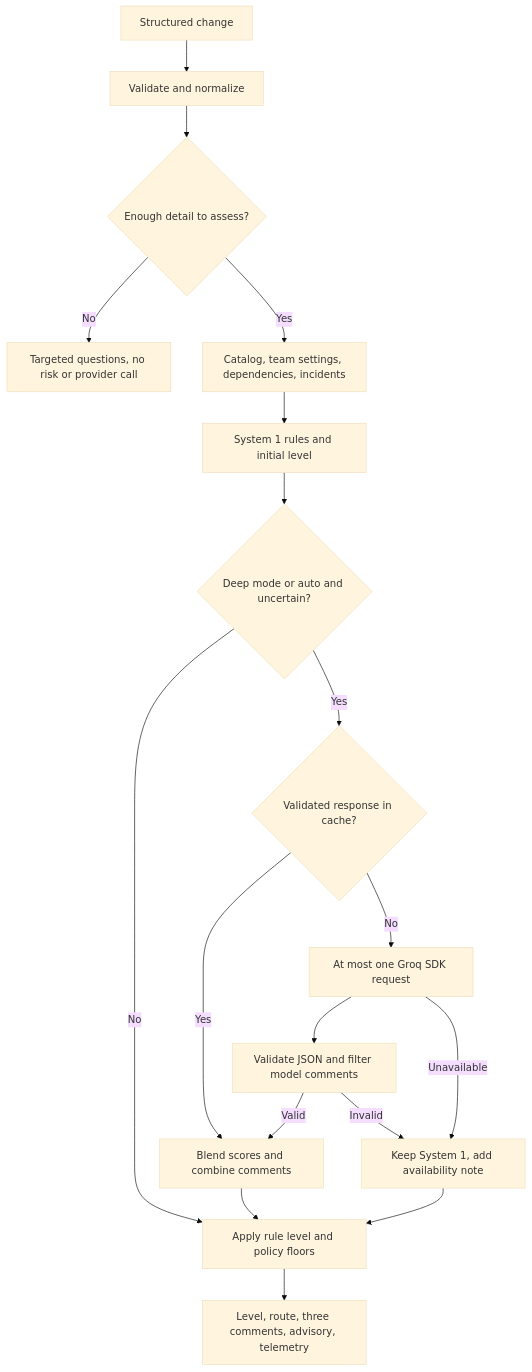
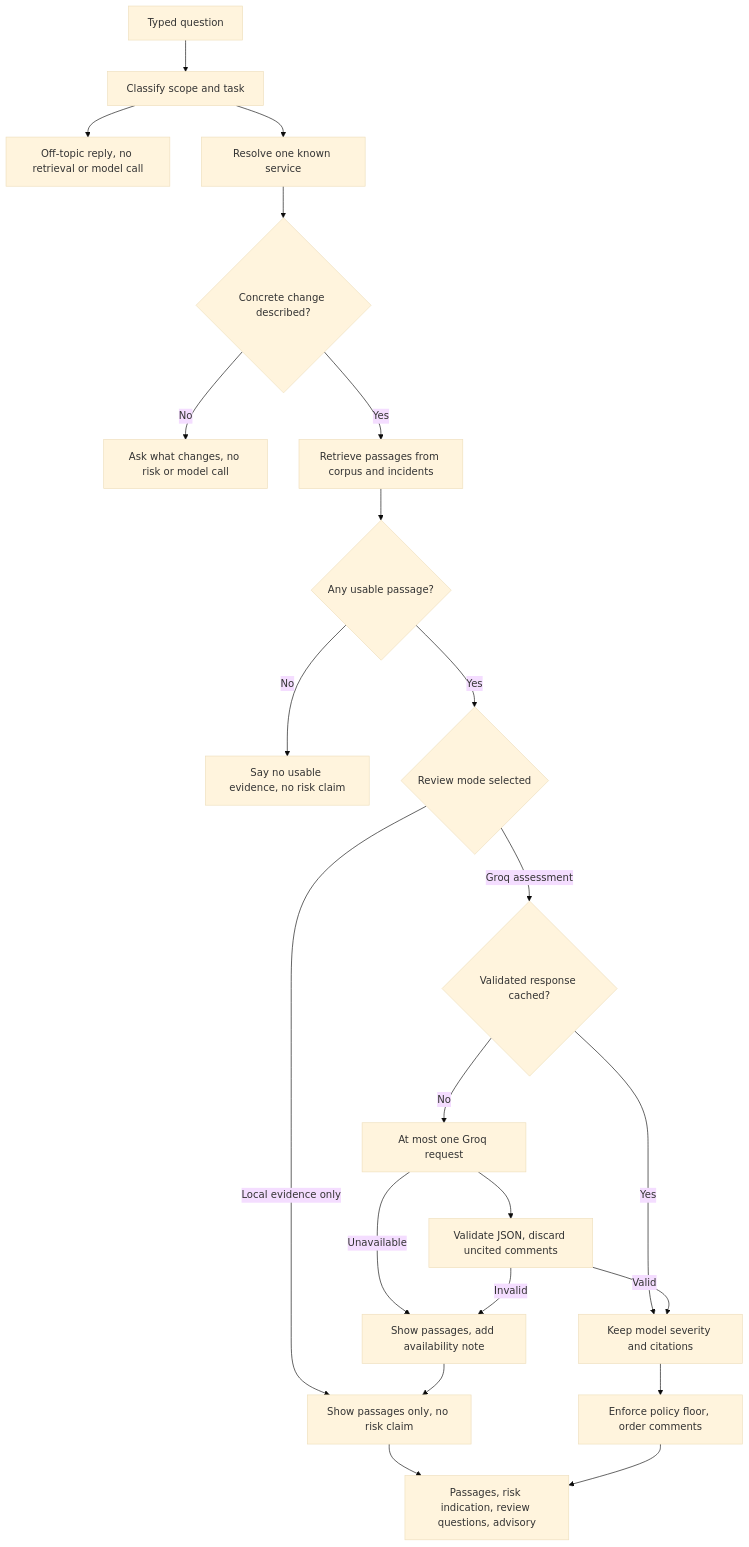
Before and after one commit to rajesamp/CRA2: the diagram in docs/architecture.md, drawn with Mermaid (base theme). The commit also changed other lines of this file and 6 other files, not shown here.

````diff
--- a/docs/architecture.md
+++ b/docs/architecture.md
@@ -24,20 +25,24 @@
 ```mermaid
 flowchart TD
-    Input[Structured change] --> Validate[Validate and normalize]
-    Validate --> Complete{Enough detail to assess?}
-    Complete -- No --> Clarify[Targeted questions, no risk or provider call]
-    Complete -- Yes --> Context[Catalog, team settings, dependencies, incidents]
-    Context --> Rules[System 1 rules and initial level]
-    Rules --> Select{Deep mode or auto and uncertain?}
-    Select -- No --> Floor[Apply rule level and policy floors]
-    Select -- Yes --> Cache{Validated response in cache?}
-    Cache -- Yes --> Blend[Blend scores and combine comments]
-    Cache -- No --> Groq[At most one Groq SDK request]
-    Groq --> ValidateResponse[Validate JSON and filter model comments]
+    Input[Typed question] --> Scope[Classify scope and task]
+    Scope --> OffTopic[Off-topic reply, no retrieval or model call]
+    Scope --> Identify[Resolve one known service]
+    Identify --> Detail{Concrete change described?}
+    Detail -- No --> Clarify[Ask what changes, no risk or model call]
+    Detail -- Yes --> Retrieve[Retrieve passages from corpus and incidents]
+    Retrieve --> Hits{Any usable passage?}
+    Hits -- No --> NoEvidence[Say no usable evidence, no risk claim]
+    Hits -- Yes --> Mode{Review mode selected}
+    Mode -- "Local evidence only" --> ShowPassages[Show passages only, no risk claim]
+    Mode -- "Groq assessment" --> Cache{Validated response cached?}
+    Cache -- Yes --> Blend[Keep model severity and citations]
+    Cache -- No --> Groq[At most one Groq request]
+    Groq --> ValidateResponse[Validate JSON, discard uncited comments]
     ValidateResponse -- Valid --> Blend
-    Groq -- Unavailable --> Fallback[Keep System 1, add availability note]
+    Groq -- Unavailable --> Fallback[Show passages, add availability note]
     ValidateResponse -- Invalid --> Fallback
-    Fallback --> Floor
-    Blend --> Floor
-    Floor --> Output[Level, route, three comments, advisory, telemetry]
+    Fallback --> ShowPassages
+    Blend --> Ground[Enforce policy floor, order comments]
+    ShowPassages --> Output[Passages, risk indication, review questions, advisory]
+    Ground --> Output
 ```
````
